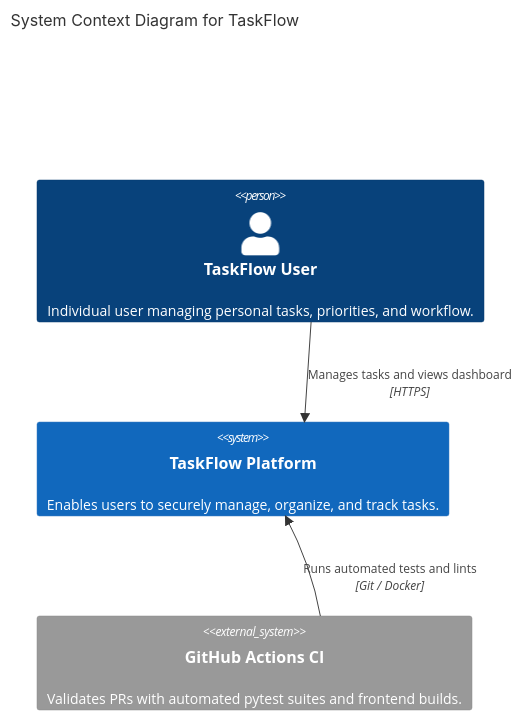
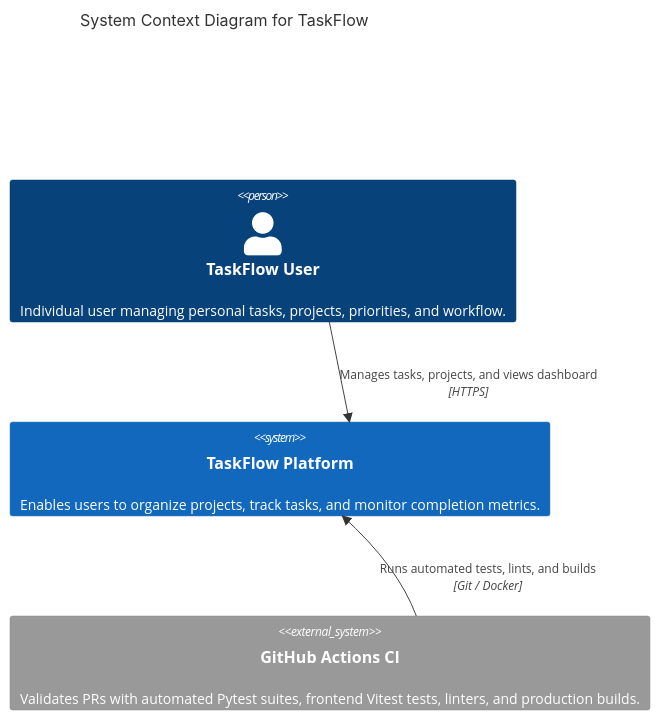
The first of 2 diagrams in docs/architecture.md (ARPITHA-29-HUB/taskflow), drawn with Mermaid before and after one commit. The commit also changed other lines of this file and 4 other files, not shown here.

First line of the commit message:
docs: update architecture, API specs, README, and Day 6 learning log

````diff
--- a/docs/architecture.md
+++ b/docs/architecture.md
@@ -11,11 +11,11 @@
 ```mermaid
 C4Context
 title System Context Diagram for TaskFlow
 
-Person(user, "TaskFlow User", "Individual user managing personal tasks, priorities, and workflow.")
-System(taskflow, "TaskFlow Platform", "Enables users to securely manage, organize, and track tasks.")
-System_Ext(ci, "GitHub Actions CI", "Validates PRs with automated pytest suites and frontend builds.")
+Person(user, "TaskFlow User", "Individual user managing personal tasks, projects, priorities, and workflow.")
+System(taskflow, "TaskFlow Platform", "Enables users to organize projects, track tasks, and monitor completion metrics.")
+System_Ext(ci, "GitHub Actions CI", "Validates PRs with automated Pytest suites, frontend Vitest tests, linters, and production builds.")
 
-Rel(user, taskflow, "Manages tasks and views dashboard", "HTTPS")
-Rel(ci, taskflow, "Runs automated tests and lints", "Git / Docker")
+Rel(user, taskflow, "Manages tasks, projects, and views dashboard", "HTTPS")
+Rel(ci, taskflow, "Runs automated tests, lints, and builds", "Git / Docker")
 ```
````
